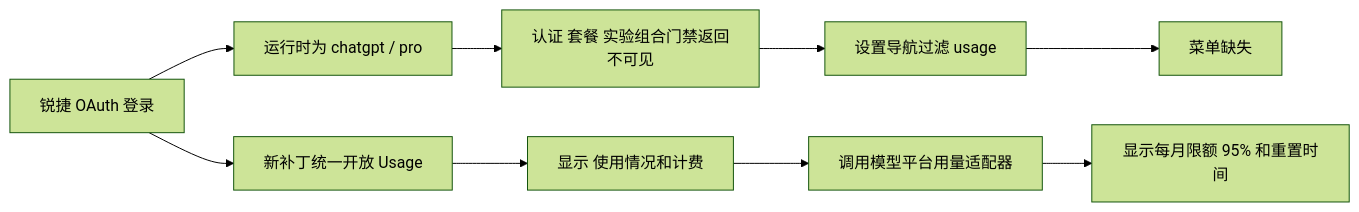
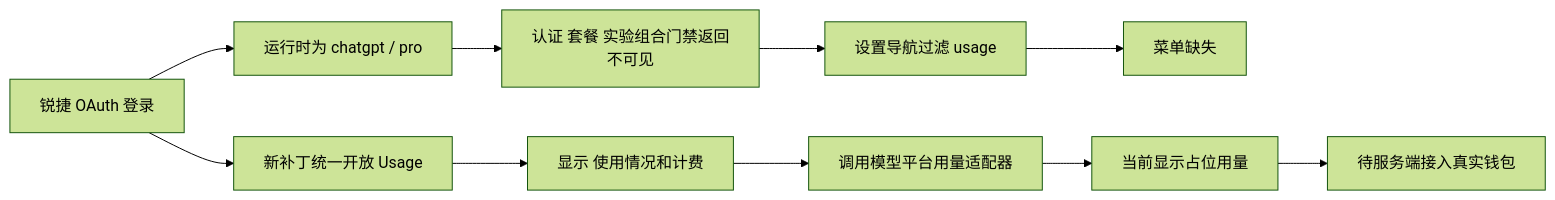
One commit to bs5189-web/rj-codex changed the diagram in .agentic/usage-settings-menu-fix-2026-07-16.md. Above: the diagram before and after it, drawn with Mermaid (forest theme). The commit also changed other lines of this file and 12 other files, not shown here.

````diff
--- a/.agentic/usage-settings-menu-fix-2026-07-16.md
+++ b/.agentic/usage-settings-menu-fix-2026-07-16.md
@@ -9,12 +9,13 @@
 ```mermaid
 flowchart LR
     A[锐捷 OAuth 登录] --> B[运行时为 chatgpt / pro]
     B --> C[认证 套餐 实验组合门禁返回不可见]
     C --> D[设置导航过滤 usage]
     D --> E[菜单缺失]
 
     A --> F[新补丁统一开放 Usage]
     F --> G[显示 使用情况和计费]
     G --> H[调用模型平台用量适配器]
-    H --> I[显示每月限额 95% 和重置时间]
+    H --> I[当前显示占位用量]
+    I --> J[待服务端接入真实钱包]
 ```
````
